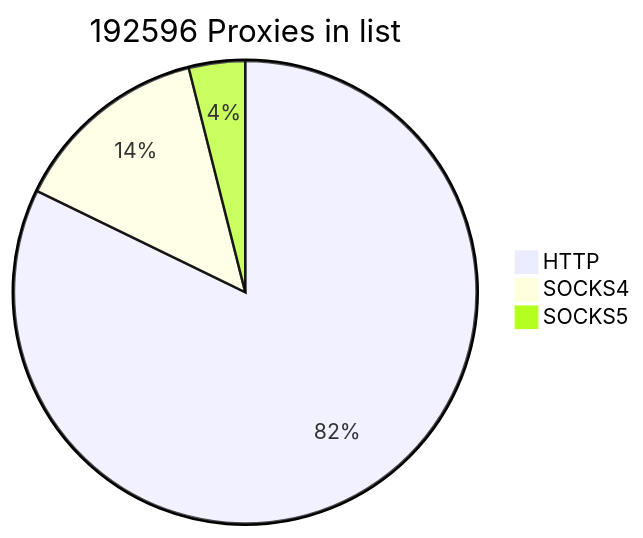
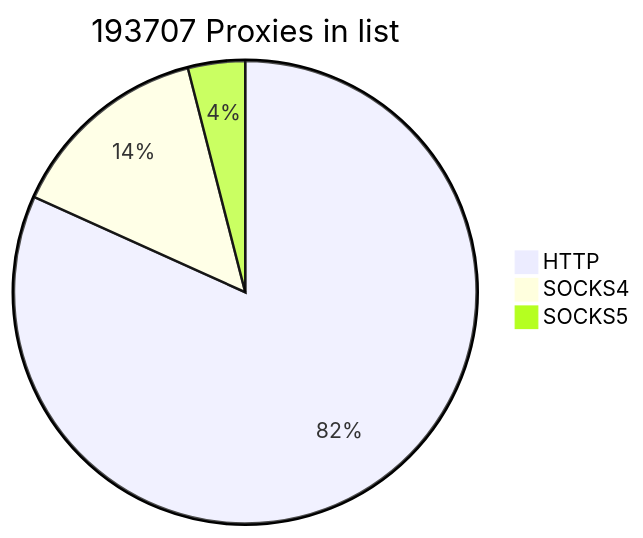
Before and after one commit to cutipu/proxylist: the first of 2 diagrams in README.md, drawn with Mermaid. The commit also changed other lines of this file, not shown here.

````diff
--- a/README.md
+++ b/README.md
@@ -2,7 +2,7 @@
 ```mermaid
-pie title 192596 Proxies in list
-    "HTTP" : 158329
-    "SOCKS4" : 26699
-    "SOCKS5" : 7568
+pie title 193707 Proxies in list
+    "HTTP" : 158357
+    "SOCKS4" : 27624
+    "SOCKS5" : 7726
             
 ```
````
